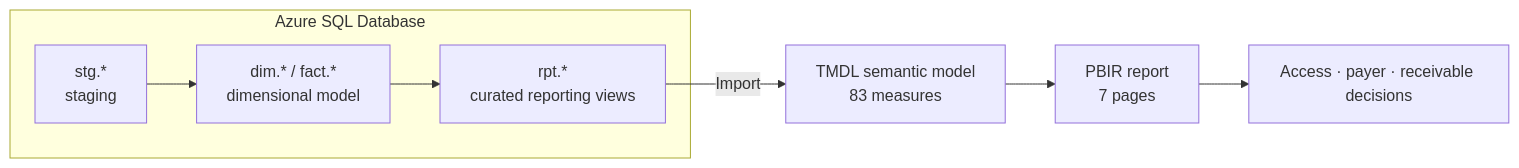
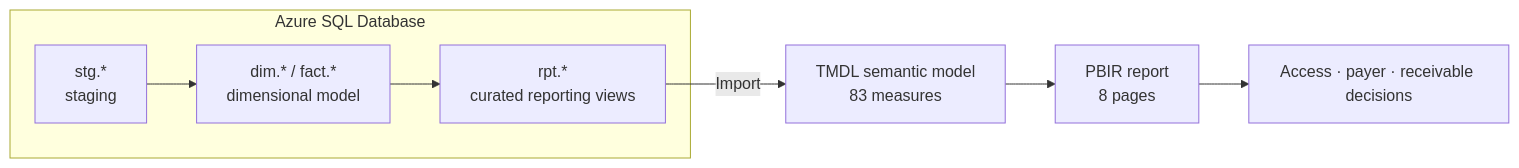
One commit to paigejusti-stack/orthoma changed the diagram in README.md. Above: the diagram before and after it, drawn with Mermaid. The commit also changed other lines of this file and 12 other files, not shown here.

````diff
--- a/README.md
+++ b/README.md
@@ -40,10 +40,10 @@
 ```mermaid
 flowchart LR
     subgraph SQL["Azure SQL Database"]
         STG["stg.*<br/>staging"] --> DIM["dim.* / fact.*<br/>dimensional model"]
         DIM --> RPT["rpt.*<br/>curated reporting views"]
     end
     RPT -->|Import| SM["TMDL semantic model<br/>83 measures"]
-    SM --> REP["PBIR report<br/>7 pages"]
+    SM --> REP["PBIR report<br/>8 pages"]
     REP --> DEC["Access · payer · receivable decisions"]
 ```
````
